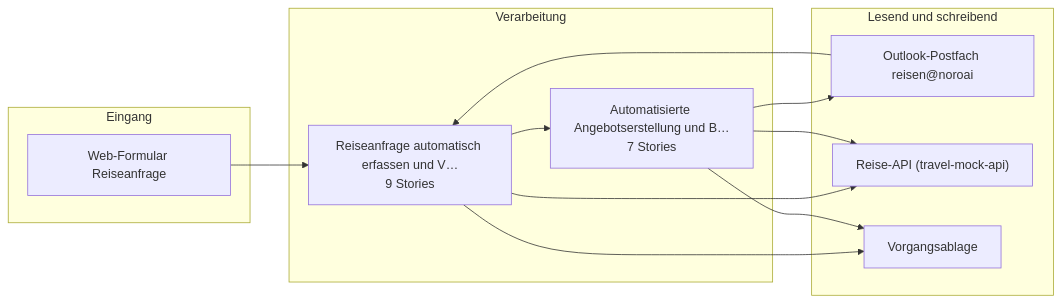
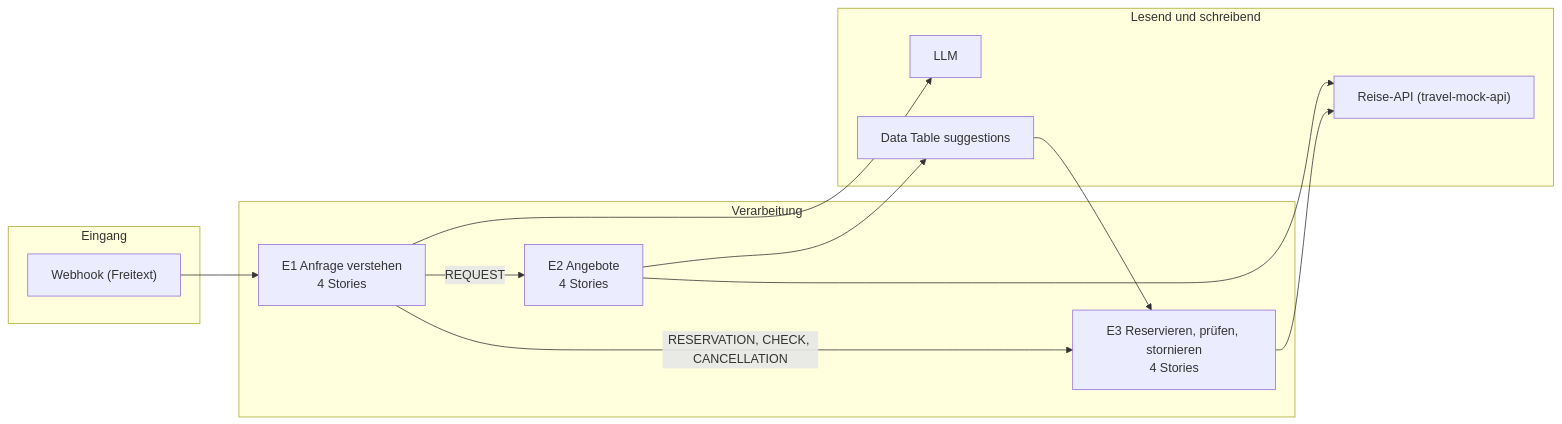
The diagram in contracts/bc3-to-bc4/uc1-reisebuchung/architecture.md (pg-coe-kmu/coe-factory), drawn with Mermaid before and after one commit. The commit also changed other lines of this file and 8 other files, not shown here.

````diff
--- a/contracts/bc3-to-bc4/uc1-reisebuchung/architecture.md
+++ b/contracts/bc3-to-bc4/uc1-reisebuchung/architecture.md
@@ -12,23 +11,24 @@
 ```mermaid
 flowchart LR
   subgraph Eingang
-    s1WebFormularR["Web-Formular Reiseanfrage"]
+    wh["Webhook (Freitext)"]
   end
   subgraph Verarbeitung
-    e0Reiseanfrage["Reiseanfrage automatisch erfassen und V…<br/>9 Stories"]
-    e1Automatisier["Automatisierte Angebotserstellung und B…<br/>7 Stories"]
+    e1["E1 Anfrage verstehen<br/>4 Stories"]
+    e2["E2 Angebote<br/>4 Stories"]
+    e3["E3 Reservieren, prüfen, stornieren<br/>4 Stories"]
   end
   subgraph "Lesend und schreibend"
-    s0OutlookPostf["Outlook-Postfach reisen@noroai"]
-    s2ReiseAPItrav["Reise-API (travel-mock-api)"]
-    s3Vorgangsabla["Vorgangsablage"]
+    llm["LLM"]
+    api["Reise-API (travel-mock-api)"]
+    dt["Data Table suggestions"]
   end
-  s0OutlookPostf --> e0Reiseanfrage
-  e1Automatisier --> s0OutlookPostf
-  s1WebFormularR --> e0Reiseanfrage
-  e0Reiseanfrage --> s2ReiseAPItrav
-  e1Automatisier --> s2ReiseAPItrav
-  e0Reiseanfrage --> s3Vorgangsabla
-  e1Automatisier --> s3Vorgangsabla
-  e0Reiseanfrage --> e1Automatisier
+  wh --> e1
+  e1 --> llm
+  e1 -- REQUEST --> e2
+  e1 -- RESERVATION, CHECK, CANCELLATION --> e3
+  e2 --> api
+  e2 --> dt
+  dt --> e3
+  e3 --> api
 ```
````
